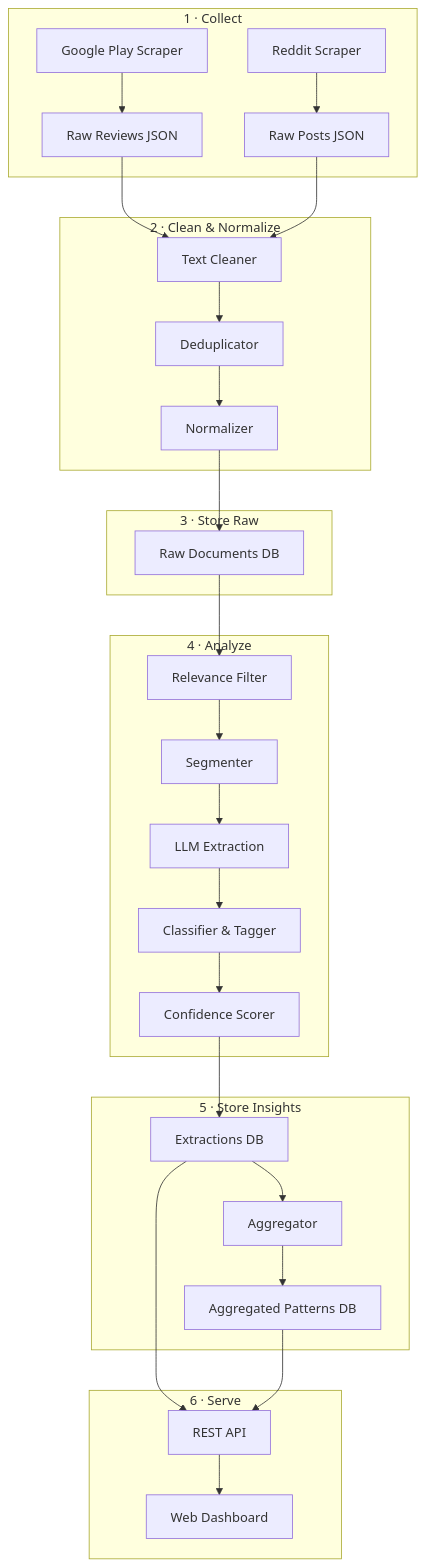
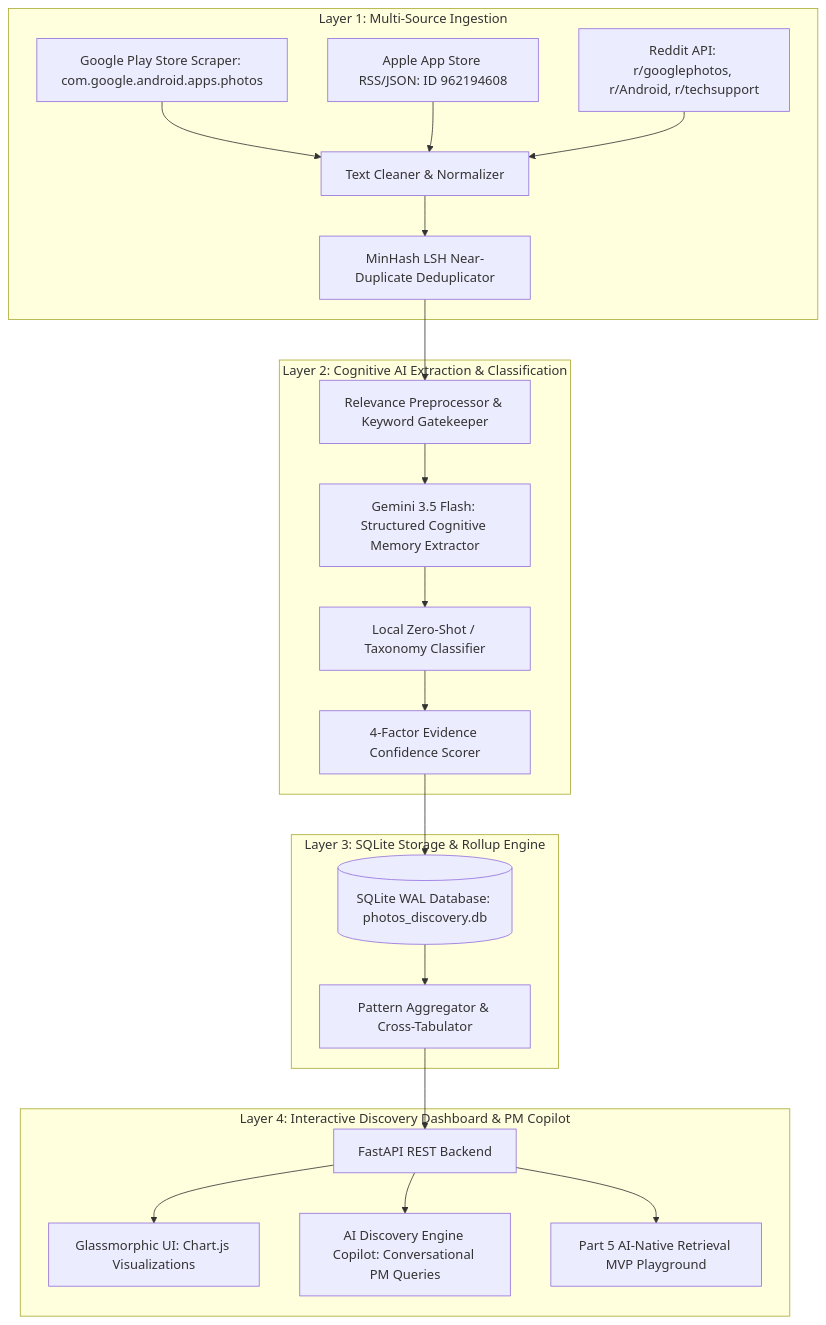
The diagram in architecture.md (Shubham-vvn/google-photos-discovery-engine), drawn with Mermaid before and after one commit. The commit also changed other lines of this file and 34 other files, not shown here.

Commit message:
feat: complete transformation to Google Photos AI Discovery Engine & Retrieval MVP (NextLeap Graduation Project)

````diff
--- a/architecture.md
+++ b/architecture.md
@@ -399,38 +9,28 @@
 ```mermaid
-flowchart TB
-    subgraph Collect["1 · Collect"]
-        A1["Google Play Scraper"] --> B1["Raw Reviews JSON"]
-        A2["Reddit Scraper"] --> B2["Raw Posts JSON"]
+graph TD
+    subgraph Layer 1: Multi-Source Ingestion
+        A1[Google Play Store Scraper: com.google.android.apps.photos] --> B[Text Cleaner & Normalizer]
+        A2[Apple App Store RSS/JSON: ID 962194608] --> B
+        A3[Reddit API: r/googlephotos, r/Android, r/techsupport] --> B
+        B --> C[MinHash LSH Near-Duplicate Deduplicator]
     end
 
-    subgraph Clean["2 · Clean & Normalize"]
-        B1 --> C1["Text Cleaner"]
-        B2 --> C1
-        C1 --> C2["Deduplicator"]
-        C2 --> C3["Normalizer"]
+    subgraph Layer 2: Cognitive AI Extraction & Classification
+        C --> D1[Relevance Preprocessor & Keyword Gatekeeper]
+        D1 --> D2[Gemini 3.5 Flash: Structured Cognitive Memory Extractor]
+        D2 --> D3[Local Zero-Shot / Taxonomy Classifier]
+        D3 --> D4[4-Factor Evidence Confidence Scorer]
     end
 
-    subgraph Store1["3 · Store Raw"]
-        C3 --> D1["Raw Documents DB"]
+    subgraph Layer 3: SQLite Storage & Rollup Engine
+        D4 --> E1[(SQLite WAL Database: photos_discovery.db)]
+        E1 --> E2[Pattern Aggregator & Cross-Tabulator]
     end
 
-    subgraph Analyze["4 · Analyze"]
-        D1 --> E1["Relevance Filter"]
-        E1 --> E2["Segmenter"]
-        E2 --> E3["LLM Extraction"]
-        E3 --> E4["Classifier & Tagger"]
-        E4 --> E5["Confidence Scorer"]
-    end
-
-    subgraph Store2["5 · Store Insights"]
-        E5 --> F1["Extractions DB"]
-        F1 --> F2["Aggregator"]
-        F2 --> F3["Aggregated Patterns DB"]
-    end
-
-    subgraph Serve["6 · Serve"]
-        F1 --> G1["REST API"]
-        F3 --> G1
-        G1 --> G2["Web Dashboard"]
+    subgraph Layer 4: Interactive Discovery Dashboard & PM Copilot
+        E2 --> F1[FastAPI REST Backend]
+        F1 --> F2[Glassmorphic UI: Chart.js Visualizations]
+        F1 --> F3[AI Discovery Engine Copilot: Conversational PM Queries]
+        F1 --> F4[Part 5 AI-Native Retrieval MVP Playground]
     end
 ```
````
